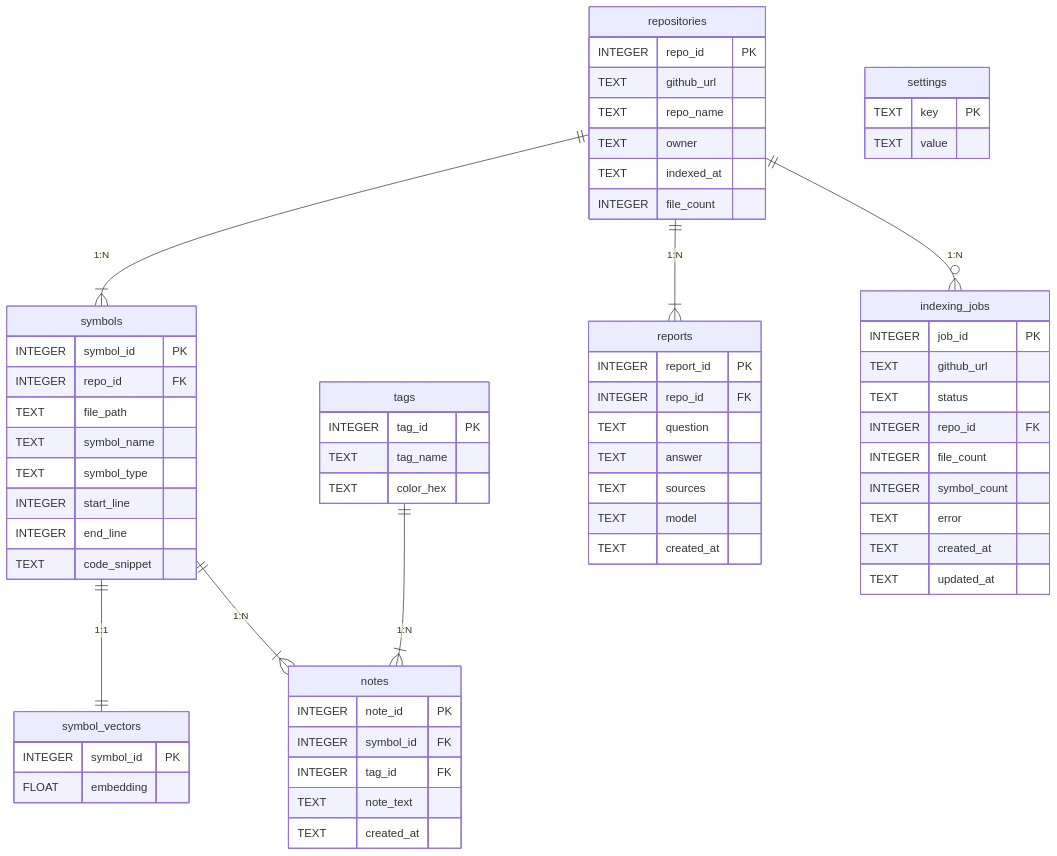
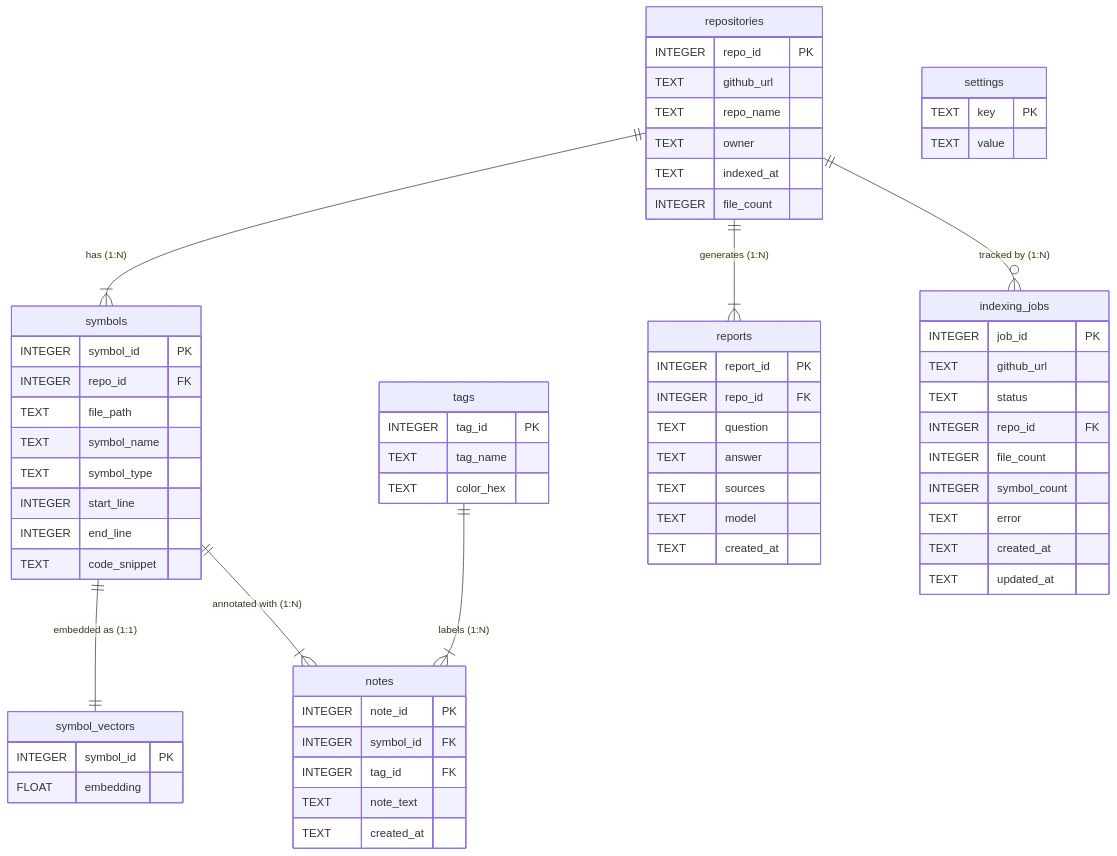
The diagram in acron_db.md (bytkim/acorn), drawn with Mermaid before and after one commit.

Commit message:
Added cardinality and labels to ER diagram

````diff
--- a/acron_db.md
+++ b/acron_db.md
@@ -3,67 +3,67 @@
 ```mermaid
 erDiagram
   repositories {
     INTEGER repo_id PK
     TEXT github_url
     TEXT repo_name
     TEXT owner
     TEXT indexed_at
     INTEGER file_count
   }
   symbols {
     INTEGER symbol_id PK
     INTEGER repo_id FK
     TEXT file_path
     TEXT symbol_name
     TEXT symbol_type
     INTEGER start_line
     INTEGER end_line
     TEXT code_snippet
   }
   symbol_vectors {
     INTEGER symbol_id PK
     FLOAT embedding
   }
   tags {
     INTEGER tag_id PK
     TEXT tag_name
     TEXT color_hex
   }
   notes {
     INTEGER note_id PK
     INTEGER symbol_id FK
     INTEGER tag_id FK
     TEXT note_text
     TEXT created_at
   }
   reports {
     INTEGER report_id PK
     INTEGER repo_id FK
     TEXT question
     TEXT answer
     TEXT sources
     TEXT model
     TEXT created_at
   }
   indexing_jobs {
     INTEGER job_id PK
     TEXT github_url
     TEXT status
     INTEGER repo_id FK
     INTEGER file_count
     INTEGER symbol_count
     TEXT error
     TEXT created_at
     TEXT updated_at
   }
   settings {
     TEXT key PK
     TEXT value
   }
-  repositories ||--|{ symbols : "1:N"
-  repositories ||--|{ reports : "1:N"
-  repositories ||--o{ indexing_jobs : "1:N "
-  symbols ||--|| symbol_vectors : "1:1"
-  symbols ||--|{ notes : "1:N"
-  tags ||--|{ notes : "1:N"
+  repositories ||--|{ symbols : "has (1:N)"
+  repositories ||--|{ reports : "generates (1:N)"
+  repositories ||--o{ indexing_jobs : "tracked by (1:N)"
+  symbols ||--|| symbol_vectors : "embedded as (1:1)"
+  symbols ||--|{ notes : "annotated with (1:N)"
+  tags ||--|{ notes : "labels (1:N)"
 ```
````
